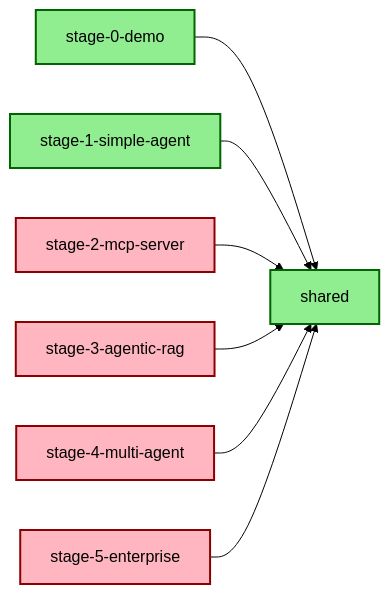
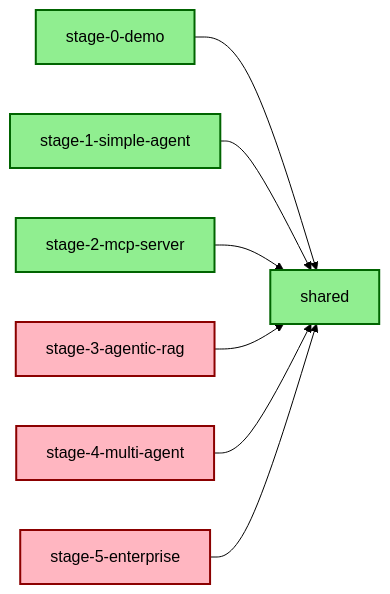
Before and after one commit to Incept5/w-jax-munich-2025-workshop: the third of 3 diagrams in architecture.md, drawn with Mermaid (forest theme). The commit also changed other lines of this file and 9 other files, not shown here.

First line of the commit message:
Add Stage 2: MCP Server implementation

````diff
--- a/architecture.md
+++ b/architecture.md
@@ -512,14 +520,14 @@
 ```mermaid
 graph LR
     SHARED[shared]:::complete
     
     S0[stage-0-demo]:::complete --> SHARED
     S1[stage-1-simple-agent]:::complete --> SHARED
-    S2[stage-2-mcp-server]:::todo --> SHARED
+    S2[stage-2-mcp-server]:::complete --> SHARED
     S3[stage-3-agentic-rag]:::todo --> SHARED
     S4[stage-4-multi-agent]:::todo --> SHARED
     S5[stage-5-enterprise]:::todo --> SHARED
     
     classDef complete fill:#90EE90,stroke:#006400,stroke-width:2px
     classDef todo fill:#FFB6C1,stroke:#8B0000,stroke-width:2px
 ```
````
